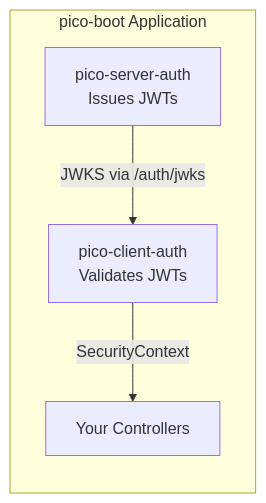
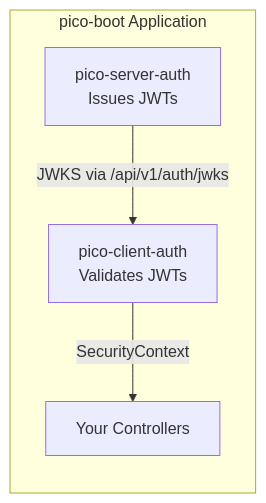
One commit to dperezcabrera/pico-server-auth changed the second of 4 diagrams in docs/architecture.md. Above: the diagram before and after it, drawn with Mermaid. The commit also changed other lines of this file and 20 other files, not shown here.

Commit message:
Standardize API routes to /api/v1/auth/, fix CI and docs

````diff
--- a/docs/architecture.md
+++ b/docs/architecture.md
@@ -41,11 +41,11 @@
 ```mermaid
 graph LR
     subgraph "pico-boot Application"
         SA[pico-server-auth<br/>Issues JWTs]
         CA[pico-client-auth<br/>Validates JWTs]
         APP[Your Controllers]
     end
 
-    SA -->|JWKS via /auth/jwks| CA
+    SA -->|JWKS via /api/v1/auth/jwks| CA
     CA -->|SecurityContext| APP
 ```
````
